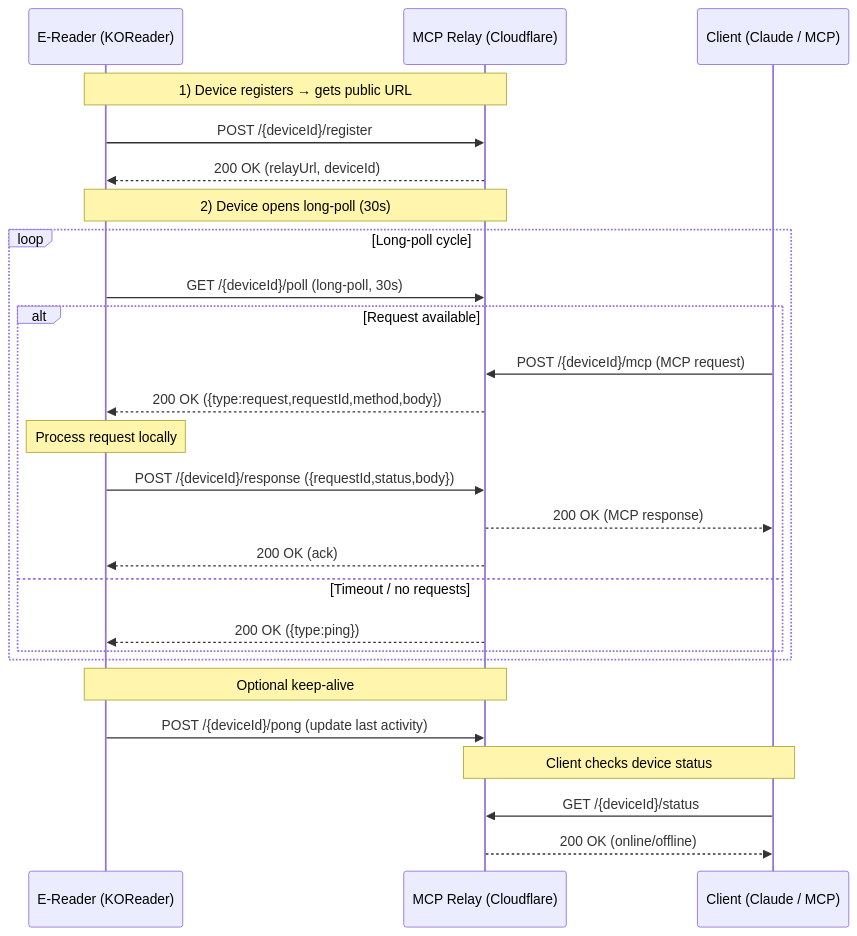
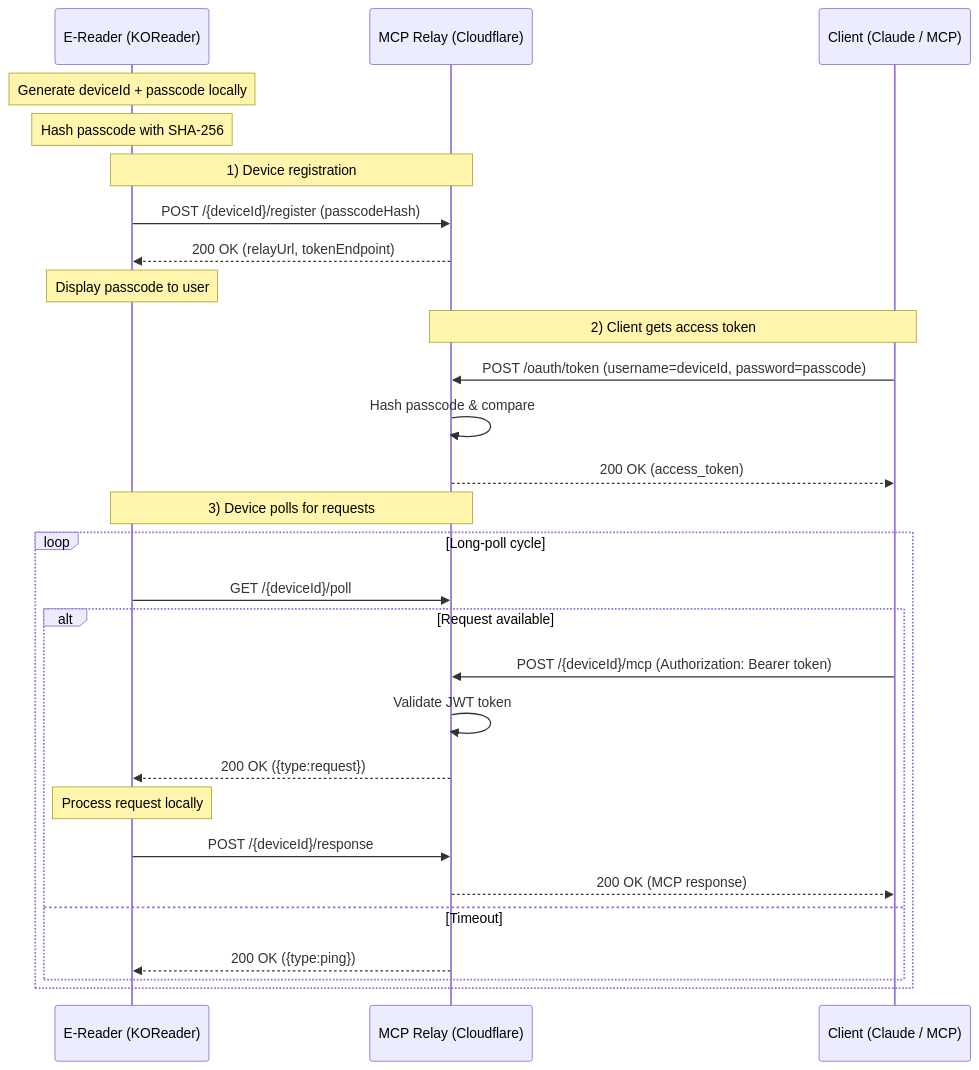
The diagram in README.md (laughedelic/koreader-mcp-cloud-relay), drawn with Mermaid before and after one commit. The commit also changed other lines of this file and 5 other files, not shown here.

````diff
--- a/README.md
+++ b/README.md
@@ -13,32 +16,34 @@
 ```mermaid
 sequenceDiagram
   participant D as E-Reader (KOReader)
   participant R as MCP Relay (Cloudflare)
   participant C as Client (Claude / MCP)
 
-  Note over D,R: 1) Device registers → gets public URL
-  D->>R: POST /{deviceId}/register
-  R-->>D: 200 OK (relayUrl, deviceId)
+  Note over D: Generate deviceId + passcode locally
+  Note over D: Hash passcode with SHA-256
 
-  Note over D,R: 2) Device opens long-poll (30s)
+  Note over D,R: 1) Device registration
+  D->>R: POST /{deviceId}/register (passcodeHash)
+  R-->>D: 200 OK (relayUrl, tokenEndpoint)
+  Note over D: Display passcode to user
+
+  Note over C,R: 2) Client gets access token
+  C->>R: POST /oauth/token (username=deviceId, password=passcode)
+  R->>R: Hash passcode & compare
+  R-->>C: 200 OK (access_token)
+
+  Note over D,R: 3) Device polls for requests
   loop Long-poll cycle
-    D->>R: GET /{deviceId}/poll (long-poll, 30s)
+    D->>R: GET /{deviceId}/poll
     alt Request available
-      C->>R: POST /{deviceId}/mcp (MCP request)
-      R-->>D: 200 OK ({type:request,requestId,method,body})
+      C->>R: POST /{deviceId}/mcp (Authorization: Bearer token)
+      R->>R: Validate JWT token
+      R-->>D: 200 OK ({type:request})
       Note over D: Process request locally
-      D->>R: POST /{deviceId}/response ({requestId,status,body})
+      D->>R: POST /{deviceId}/response
       R-->>C: 200 OK (MCP response)
-      R-->>D: 200 OK (ack)
-    else Timeout / no requests
+    else Timeout
       R-->>D: 200 OK ({type:ping})
     end
   end
-
-  Note over D,R: Optional keep-alive
-  D->>R: POST /{deviceId}/pong (update last activity)
-
-  Note over C,R: Client checks device status
-  C->>R: GET /{deviceId}/status
-  R-->>C: 200 OK (online/offline)
 ```
````
